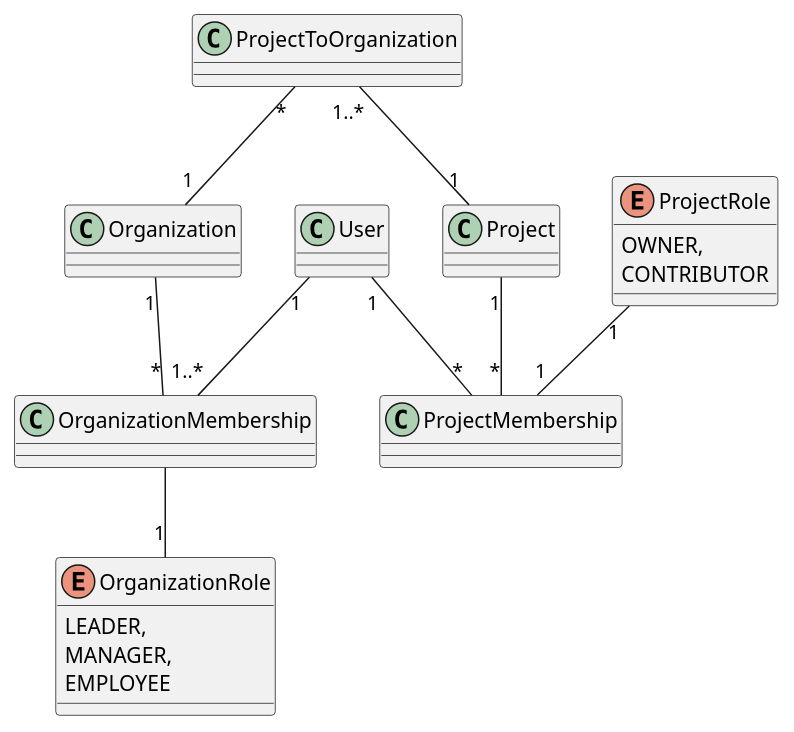
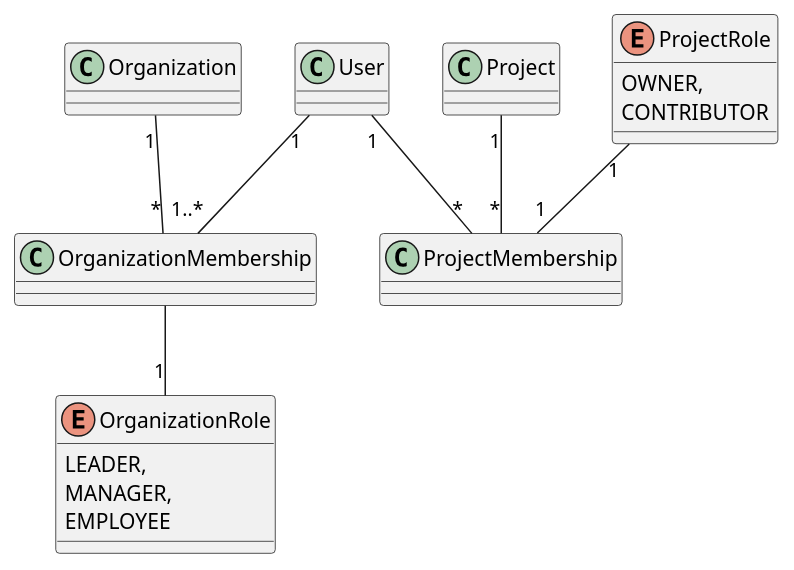
One commit to TimeboardIO/timeboard changed the diagram in docs/modeling/Organization.puml. Above: the diagram before and after it, drawn with PlantUML. The commit also changed 23 other files, not shown here.

```diff
--- a/docs/modeling/Organization.puml
+++ b/docs/modeling/Organization.puml
@@ -1,24 +1,21 @@
 @startuml
 
 Organization "1" -- "*" OrganizationMembership
 User "1" -- "1..*" OrganizationMembership
 User "1" -- "*" ProjectMembership
 Project "1" -- "*" ProjectMembership
 ProjectRole "1" -- "1" ProjectMembership
 OrganizationMembership  -- "1" OrganizationRole
-
-ProjectToOrganization "1..*" -- "1" Project
-ProjectToOrganization "*" -- "1" Organization
 
 enum OrganizationRole {
     LEADER,
     MANAGER,
     EMPLOYEE
 }
 
 enum ProjectRole {
     OWNER,
     CONTRIBUTOR
 }
 
 @enduml
```
